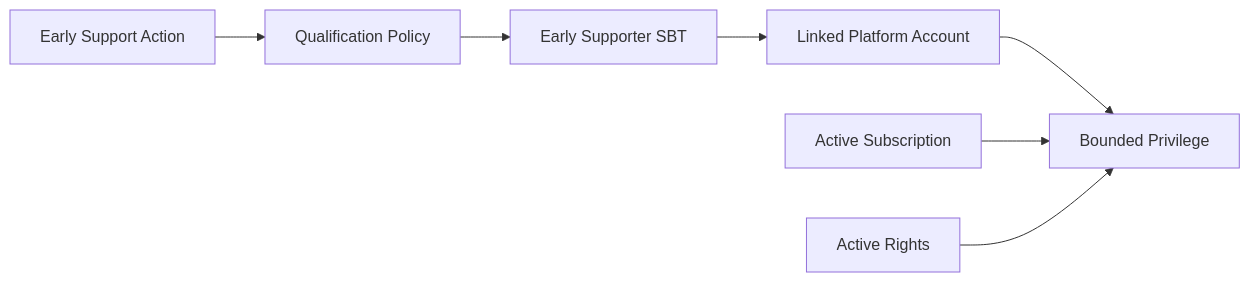
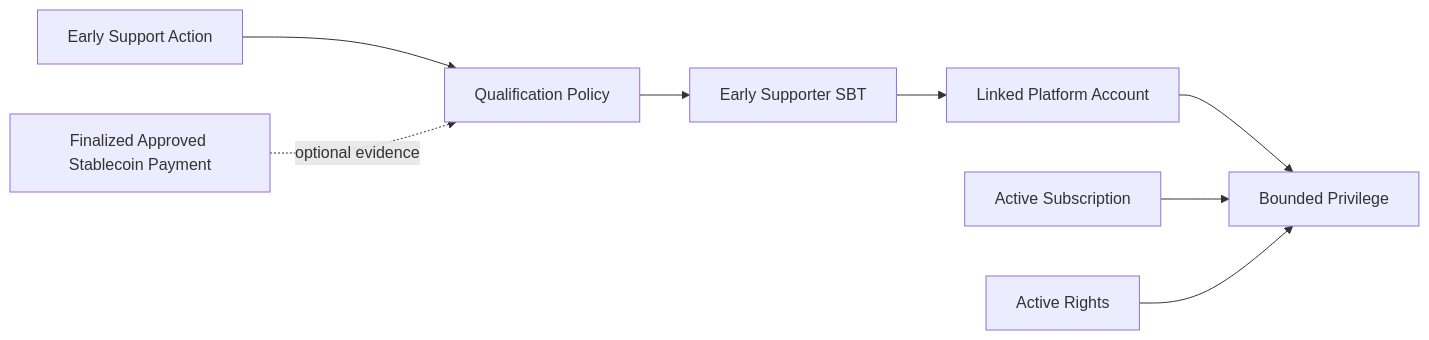
Before and after one commit to ShigeichiroYamasaki/creator-first-platform: diagram 11 of 35 in docs/whitepaper/08-discovery-community.md, drawn with Mermaid. The commit also changed other lines of this file and 16 other files, not shown here.

Commit message:
Align JPYC payments and sponsored SBT flows

````diff
--- a/docs/whitepaper/08-discovery-community.md
+++ b/docs/whitepaper/08-discovery-community.md
@@ -385,15 +387,16 @@
 ```mermaid
 flowchart LR
     ACTION[Early Support Action]
     POLICY[Qualification Policy]
     SBT[Early Supporter SBT]
     ACCOUNT[Linked Platform Account]
     SUB[Active Subscription]
     RIGHTS[Active Rights]
     PRIV[Bounded Privilege]
 
     ACTION --> POLICY --> SBT --> ACCOUNT
+    PAYMENT[Finalized Approved Stablecoin Payment] -. optional evidence .-> POLICY
     ACCOUNT --> PRIV
     SUB --> PRIV
     RIGHTS --> PRIV
 ```
````
